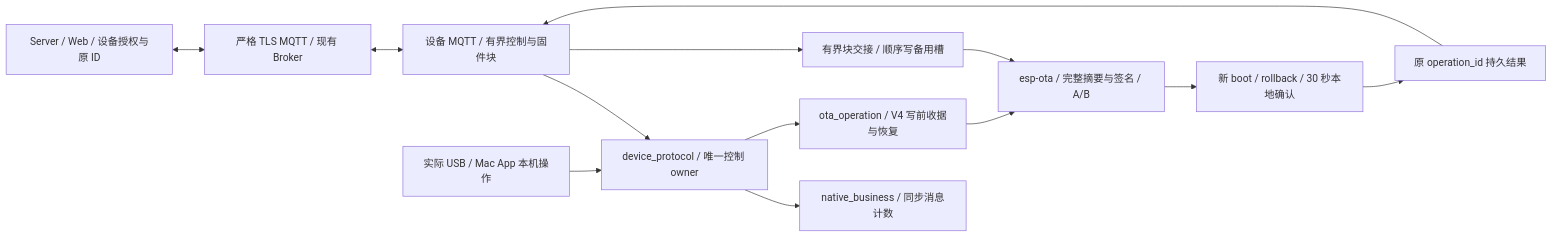
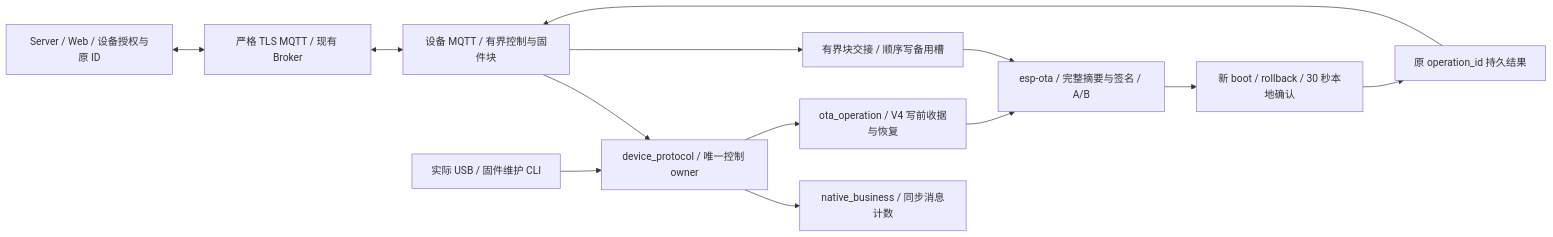
The diagram in README.md (darren-you/esp-base), drawn with Mermaid before and after one commit. The commit also changed other lines of this file and 2 other files, not shown here.

First line of the commit message:
按通用 App 新定位修正 Base 文档，区分 Rust/Swift/egui 本地工具与固件维护 CLI、Web/MQTT OTA

````diff
--- a/README.md
+++ b/README.md
@@ -11,15 +11,15 @@
 ```mermaid
 flowchart LR
     public["Server / Web / 设备授权与原 ID"] <--> broker["严格 TLS MQTT / 现有 Broker"]
     broker <--> mqtt["设备 MQTT / 有界控制与固件块"]
     mqtt --> protocol["device_protocol / 唯一控制 owner"]
-    usb["实际 USB / Mac App 本机操作"] --> protocol
+    usb["实际 USB / 固件维护 CLI"] --> protocol
     protocol --> native["native_business / 同步消息计数"]
     protocol --> intent["ota_operation / V4 写前收据与恢复"]
     mqtt --> stream["有界块交接 / 顺序写备用槽"]
     intent --> ota["esp-ota / 完整摘要与签名 / A/B"]
     stream --> ota
     ota --> app["新 boot / rollback / 30 秒本地确认"]
     app --> result["原 operation_id 持久结果"]
     result --> mqtt
 ```
````
